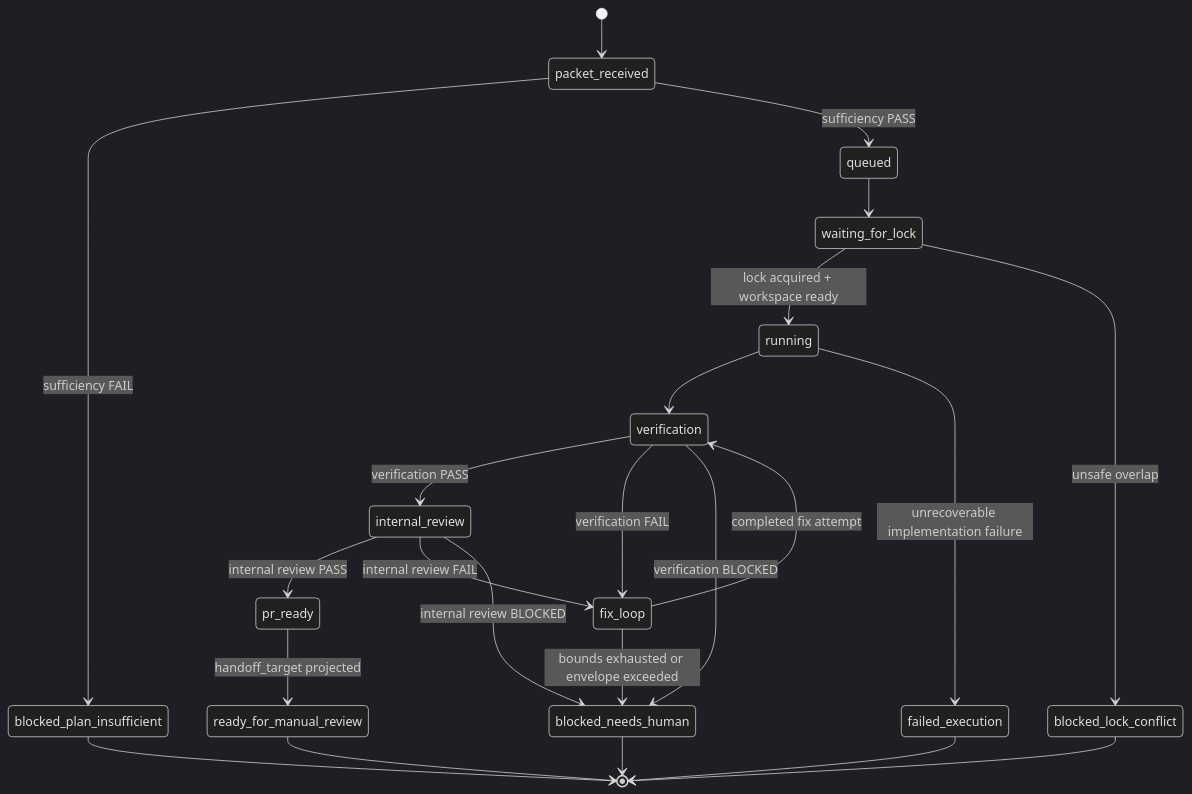
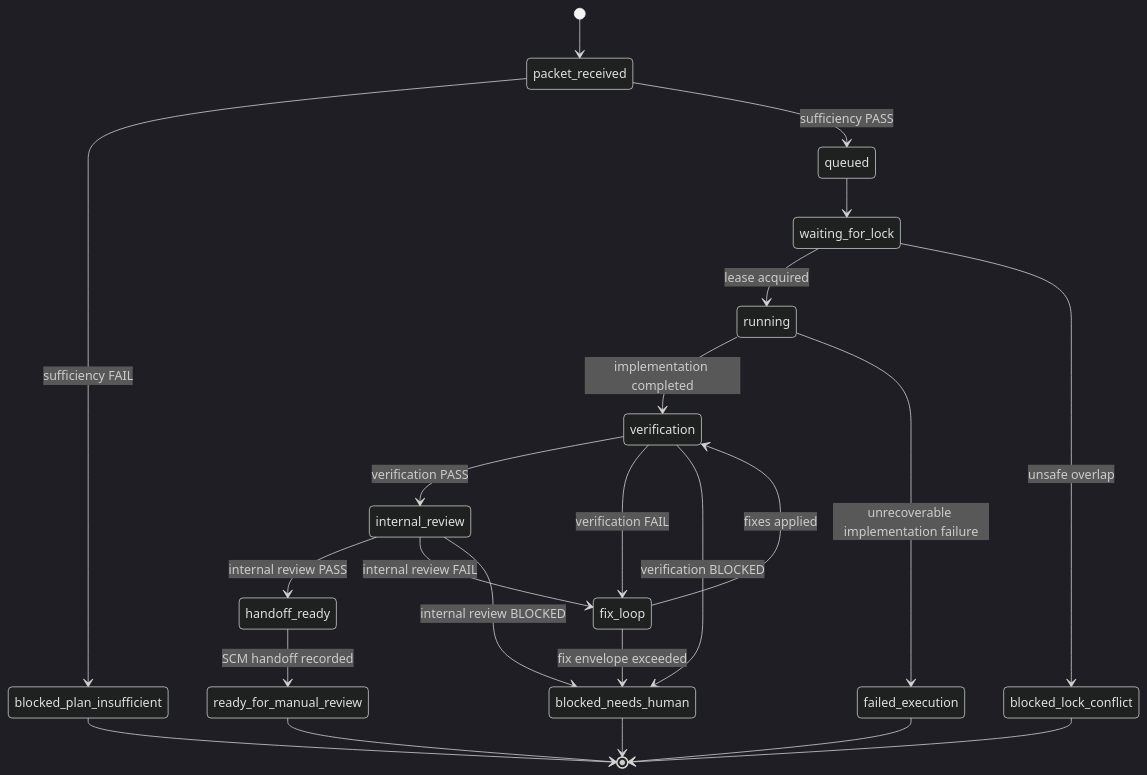
One commit to MrFlashAccount/Buran changed the diagram in docs/state-machine.md. Above: the diagram before and after it, drawn with Mermaid (dark theme). The commit also changed other lines of this file and 76 other files, not shown here.

Commit message:
refactor: establish core module architecture

````diff
--- a/docs/state-machine.md
+++ b/docs/state-machine.md
@@ -11,25 +7,25 @@
 ```mermaid
 stateDiagram-v2
   [*] --> packet_received
   packet_received --> blocked_plan_insufficient: sufficiency FAIL
   packet_received --> queued: sufficiency PASS
   queued --> waiting_for_lock
-  waiting_for_lock --> running: lock acquired + workspace ready
+  waiting_for_lock --> running: lease acquired
   waiting_for_lock --> blocked_lock_conflict: unsafe overlap
-  running --> verification
+  running --> verification: implementation completed
   running --> failed_execution: unrecoverable implementation failure
   verification --> internal_review: verification PASS
   verification --> fix_loop: verification FAIL
   verification --> blocked_needs_human: verification BLOCKED
-  internal_review --> pr_ready: internal review PASS
+  internal_review --> handoff_ready: internal review PASS
   internal_review --> fix_loop: internal review FAIL
   internal_review --> blocked_needs_human: internal review BLOCKED
-  fix_loop --> verification: completed fix attempt
-  fix_loop --> blocked_needs_human: bounds exhausted or envelope exceeded
-  pr_ready --> ready_for_manual_review: handoff_target projected
+  fix_loop --> verification: fixes applied
+  fix_loop --> blocked_needs_human: fix envelope exceeded
+  handoff_ready --> ready_for_manual_review: SCM handoff recorded
   ready_for_manual_review --> [*]
   blocked_plan_insufficient --> [*]
   blocked_lock_conflict --> [*]
   blocked_needs_human --> [*]
   failed_execution --> [*]
 ```
````
